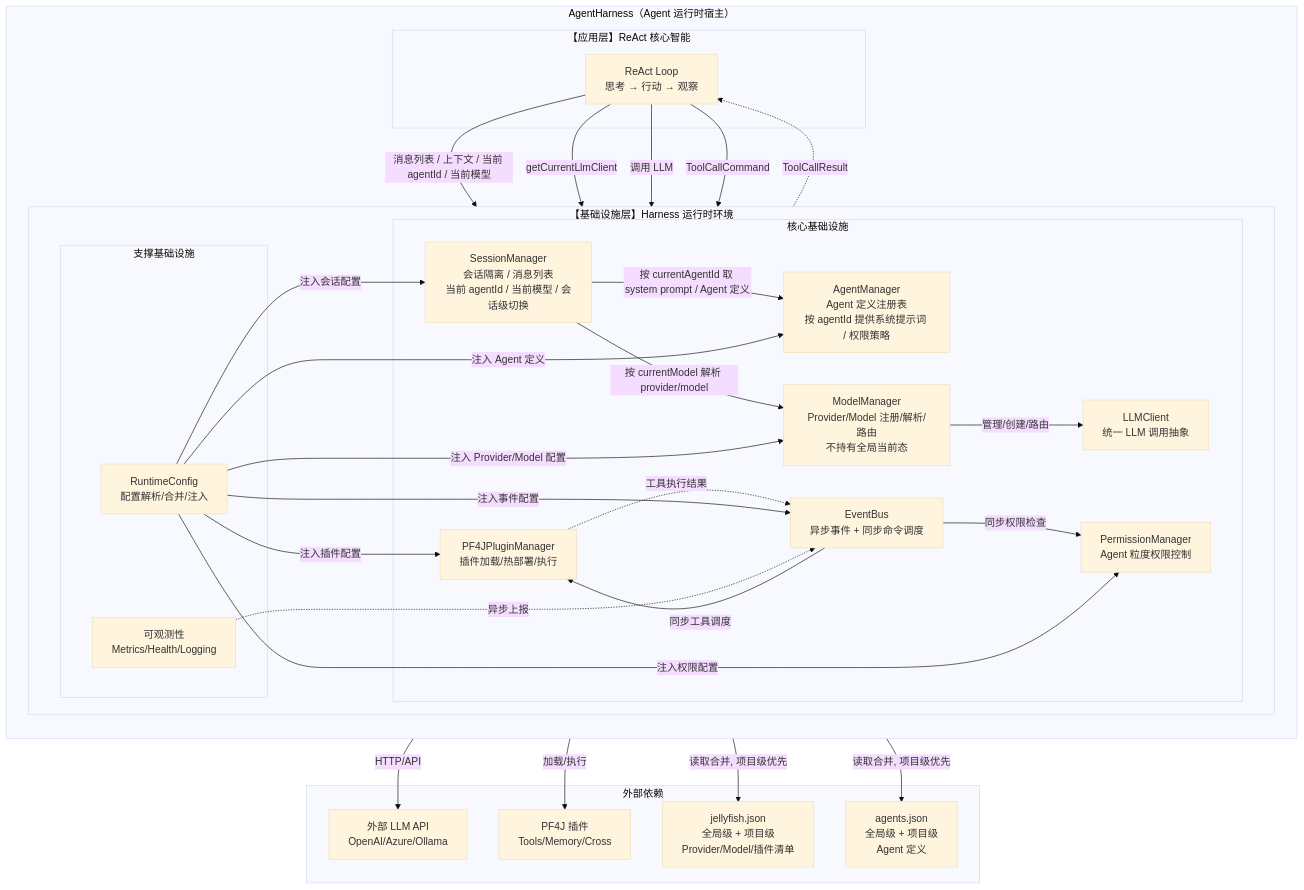
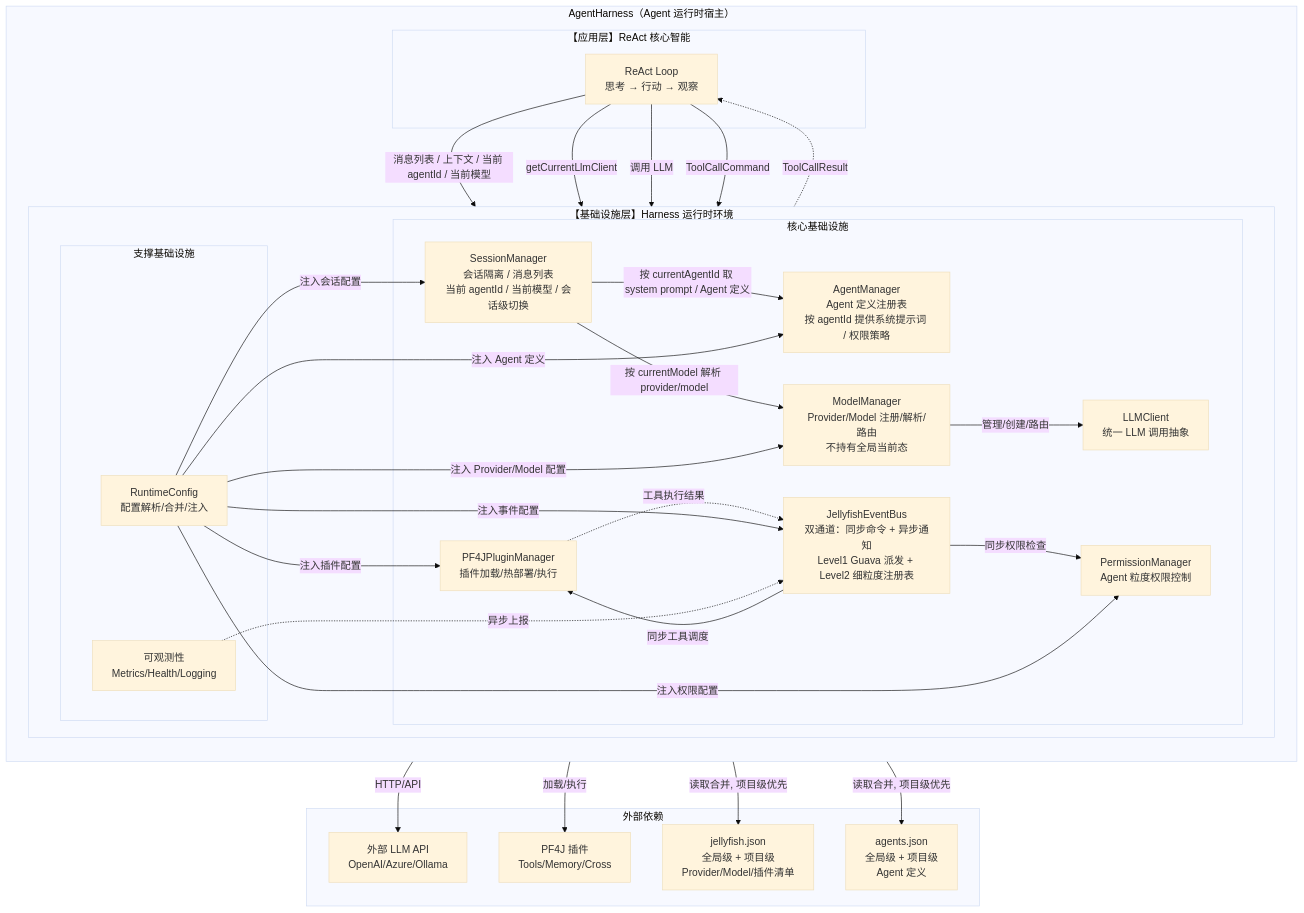
The first of 2 diagrams in AGENTS.md (zcd0831/Jellyfish), drawn with Mermaid (base theme) before and after one commit. The commit also changed other lines of this file and 64 other files, not shown here.

````diff
--- a/AGENTS.md
+++ b/AGENTS.md
@@ -23,70 +23,70 @@
 ```mermaid
 flowchart TB
     subgraph AgentHarness["AgentHarness（Agent 运行时宿主）"]
         direction TB
 
         subgraph AppLayer["【应用层】ReAct 核心智能"]
             ReAct["ReAct Loop<br>思考 → 行动 → 观察"]
         end
 
         subgraph InfraLayer["【基础设施层】Harness 运行时环境"]
             direction LR
 
             subgraph CoreInfra["核心基础设施"]
-                EventBus["EventBus<br>异步事件 + 同步命令调度"]
+                EventBus["JellyfishEventBus<br>双通道：同步命令 + 异步通知<br>Level1 Guava 派发 + Level2 细粒度注册表"]
                 SessionMgr["SessionManager<br>会话隔离 / 消息列表<br>当前 agentId / 当前模型 / 会话级切换"]
                 AgentMgr["AgentManager<br>Agent 定义注册表<br>按 agentId 提供系统提示词 / 权限策略"]
                 ModelMgr["ModelManager<br>Provider/Model 注册/解析/路由<br>不持有全局当前态"]
                 LLMClient["LLMClient<br>统一 LLM 调用抽象"]
                 PluginMgr["PF4JPluginManager<br>插件加载/热部署/执行"]
                 PermMgr["PermissionManager<br>Agent 粒度权限控制"]
             end
 
             subgraph SupportInfra["支撑基础设施"]
                 Runtime["RuntimeConfig<br>配置解析/合并/注入"]
                 Metrics["可观测性<br>Metrics/Health/Logging"]
             end
         end
     end
 
     subgraph External["外部依赖"]
         LLM["外部 LLM API<br>OpenAI/Azure/Ollama"]
         Plugins["PF4J 插件<br>Tools/Memory/Cross"]
         Jelly["jellyfish.json<br>全局级 + 项目级<br>Provider/Model/插件清单"]
         Agents["agents.json<br>全局级 + 项目级<br>Agent 定义"]
     end
 
     %% ===================== 应用层 -> 基础设施层 =====================
     ReAct -->|消息列表 / 上下文 / 当前 agentId / 当前模型| SessionMgr
     ReAct -->|getCurrentLlmClient| ModelMgr
     ReAct -->|调用 LLM| LLMClient
     ReAct -->|ToolCallCommand| EventBus
     EventBus -.->|ToolCallResult| ReAct
 
     %% ===================== 会话与 Agent 定义 =====================
     SessionMgr -->|按 currentAgentId 取 system prompt / Agent 定义| AgentMgr
     SessionMgr -->|按 currentModel 解析 provider/model| ModelMgr
 
     %% ===================== LLM 调用链 =====================
     ModelMgr -->|管理/创建/路由| LLMClient
     LLMClient -->|HTTP/API| LLM
 
     %% ===================== EventBus 调度 =====================
     EventBus -->|同步权限检查| PermMgr
     EventBus -->|同步工具调度| PluginMgr
     PluginMgr -->|加载/执行| Plugins
     PluginMgr -.->|工具执行结果| EventBus
 
     %% ===================== RuntimeConfig 注入 =====================
     Runtime -->|读取合并, 项目级优先| Jelly
     Runtime -->|读取合并, 项目级优先| Agents
     Runtime -->|注入 Provider/Model 配置| ModelMgr
     Runtime -->|注入 Agent 定义| AgentMgr
     Runtime -->|注入插件配置| PluginMgr
     Runtime -->|注入权限配置| PermMgr
     Runtime -->|注入会话配置| SessionMgr
     Runtime -->|注入事件配置| EventBus
 
     %% ===================== 可观测性 =====================
     Metrics -.->|异步上报| EventBus
 ```
````
